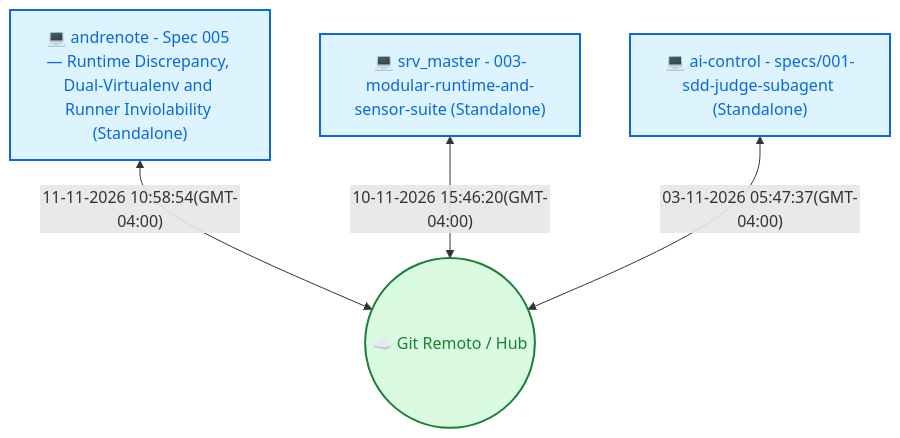
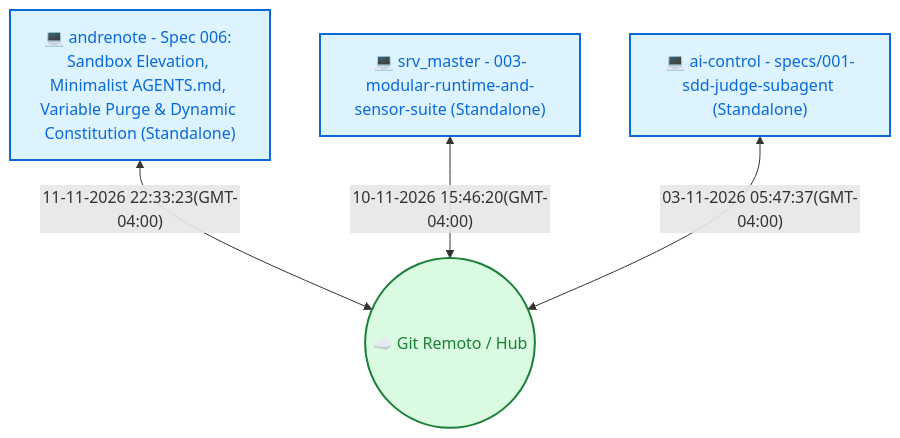
One commit to andreticba/vitalia-spec-kit-context changed the diagram in README.md. Above: the diagram before and after it, drawn with Mermaid. The commit also changed other lines of this file and 11 other files, not shown here.

````diff
--- a/README.md
+++ b/README.md
@@ -21,14 +21,14 @@
 ```mermaid
 flowchart TD
   Cloud(("☁️ Git Remoto / Hub"))
-  M_7f367bd3["💻 andrenote - Spec 005 — Runtime Discrepancy, Dual-Virtualenv and Runner Inviolability (Standalone)"]
-  M_7f367bd3 <-->|"11-11-2026 10:58:54(GMT-04:00)"| Cloud
+  M_7f367bd3["💻 andrenote - Spec 006: Sandbox Elevation, Minimalist AGENTS.md, Variable Purge & Dynamic Constitution (Standalone)"]
+  M_7f367bd3 <-->|"11-11-2026 22:33:23(GMT-04:00)"| Cloud
   style M_7f367bd3 stroke:#0969da,stroke-width:2px,fill:#ddf4ff,color:#0969da
   M_eb10269b["💻 srv_master - 003-modular-runtime-and-sensor-suite (Standalone)"]
   M_eb10269b <-->|"10-11-2026 15:46:20(GMT-04:00)"| Cloud
   style M_eb10269b stroke:#0969da,stroke-width:2px,fill:#ddf4ff,color:#0969da
   M_17a6f667["💻 ai-control - specs/001-sdd-judge-subagent (Standalone)"]
   M_17a6f667 <-->|"03-11-2026 05:47:37(GMT-04:00)"| Cloud
   style M_17a6f667 stroke:#0969da,stroke-width:2px,fill:#ddf4ff,color:#0969da
   style Cloud stroke:#1a7f37,stroke-width:2px,fill:#dafbe1,color:#1a7f37
 ```
````
